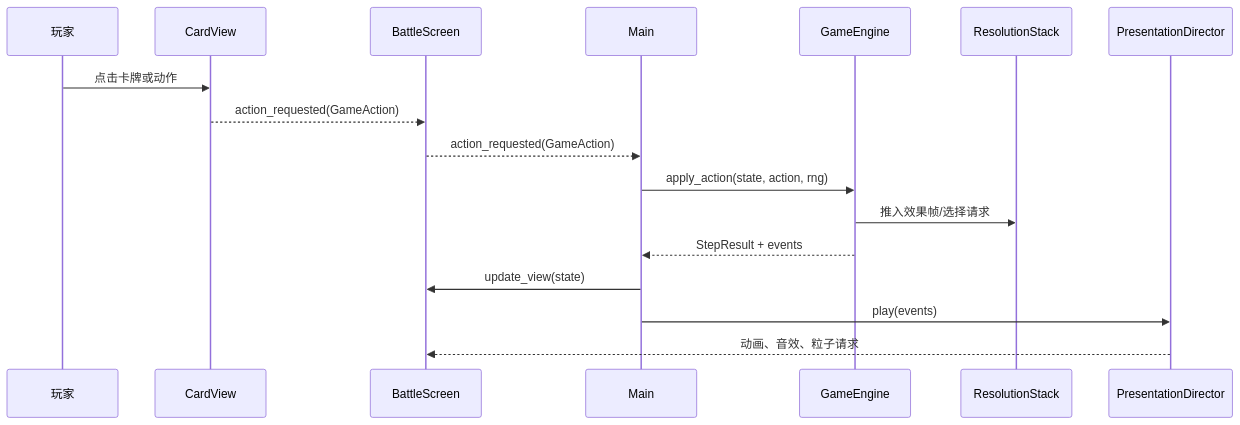
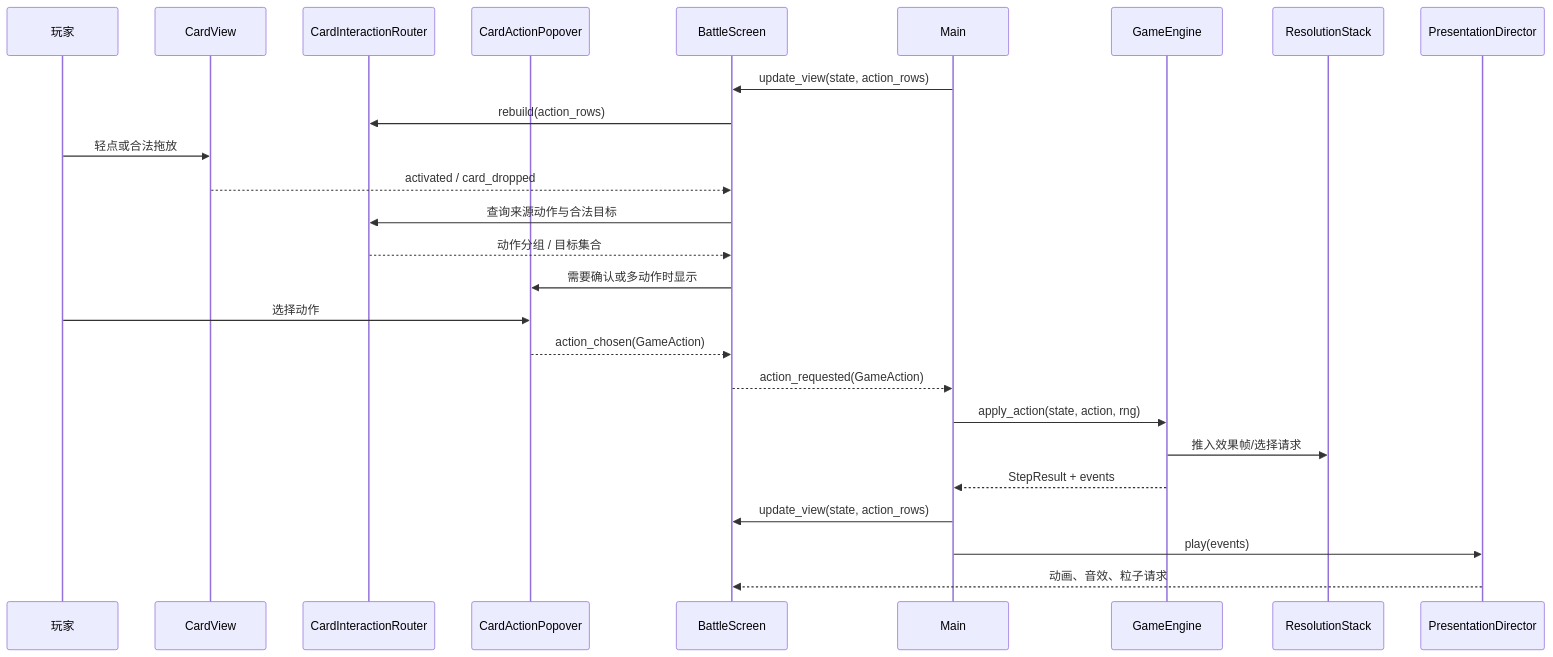
The second of 3 diagrams in docs/GODOT_DEVELOPMENT_GUIDE.md (Endnight-ZHW/PokemonTCG), drawn with Mermaid before and after one commit. The commit also changed other lines of this file and 32 other files, not shown here.

````diff
--- a/docs/GODOT_DEVELOPMENT_GUIDE.md
+++ b/docs/GODOT_DEVELOPMENT_GUIDE.md
@@ -570,20 +614,29 @@
 ```mermaid
 sequenceDiagram
     participant Player as 玩家
     participant Card as CardView
+    participant Router as CardInteractionRouter
+    participant Popover as CardActionPopover
     participant Battle as BattleScreen
     participant Main
     participant Engine as GameEngine
     participant Stack as ResolutionStack
     participant Present as PresentationDirector
 
-    Player->>Card: 点击卡牌或动作
-    Card-->>Battle: action_requested(GameAction)
+    Main->>Battle: update_view(state, action_rows)
+    Battle->>Router: rebuild(action_rows)
+    Player->>Card: 轻点或合法拖放
+    Card-->>Battle: activated / card_dropped
+    Battle->>Router: 查询来源动作与合法目标
+    Router-->>Battle: 动作分组 / 目标集合
+    Battle->>Popover: 需要确认或多动作时显示
+    Player->>Popover: 选择动作
+    Popover-->>Battle: action_chosen(GameAction)
     Battle-->>Main: action_requested(GameAction)
     Main->>Engine: apply_action(state, action, rng)
     Engine->>Stack: 推入效果帧/选择请求
     Engine-->>Main: StepResult + events
-    Main->>Battle: update_view(state)
+    Main->>Battle: update_view(state, action_rows)
     Main->>Present: play(events)
     Present-->>Battle: 动画、音效、粒子请求
 ```
````
